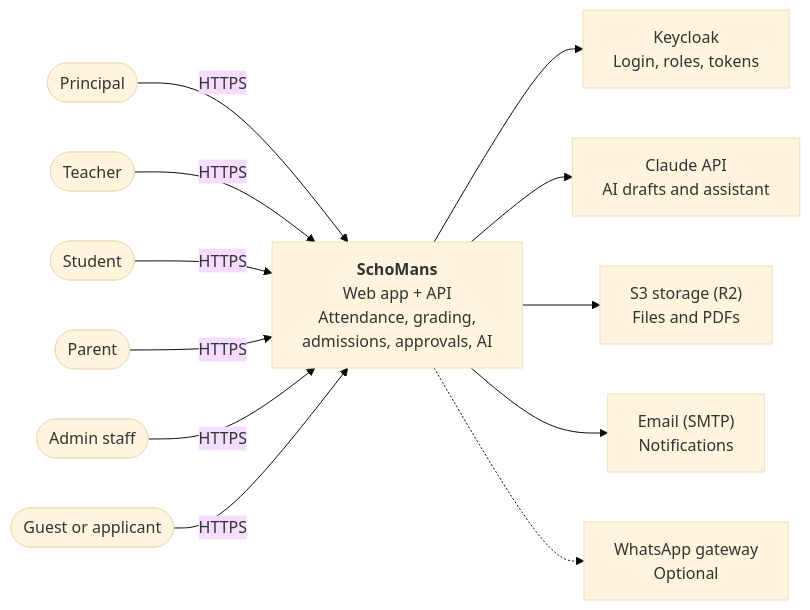
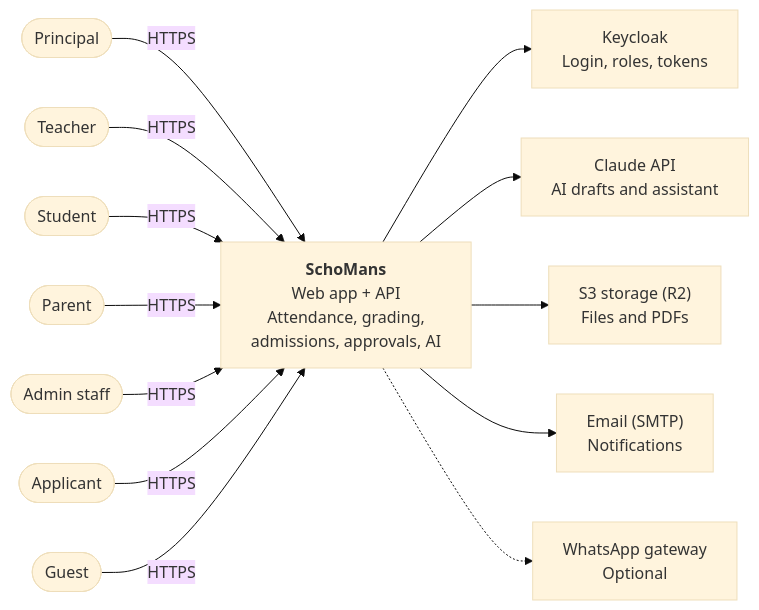
The diagram in docs/en/diagrams/context.mmd (ridhwanhabib18/schomans), drawn with Mermaid (base theme) before and after one commit. The commit also changed 9 other files, not shown here.

```diff
--- a/docs/en/diagrams/context.mmd
+++ b/docs/en/diagrams/context.mmd
@@ -1,23 +1,24 @@
 %% System context: six roles use SchoMans, which relies on external services
 flowchart LR
   principal([Principal])
   teacher([Teacher])
   student([Student])
   parent([Parent])
   admin([Admin staff])
-  guest([Guest or applicant])
+  guest([Guest])
+  applicant([Applicant])
 
   schomans["<b>SchoMans</b><br/>Web app + API<br/>Attendance, grading,<br/>admissions, approvals, AI"]
 
   keycloak["Keycloak<br/>Login, roles, tokens"]
   claude["Claude API<br/>AI drafts and assistant"]
   s3["S3 storage (R2)<br/>Files and PDFs"]
   email["Email (SMTP)<br/>Notifications"]
   whatsapp["WhatsApp gateway<br/>Optional"]
 
-  principal & teacher & student & parent & admin & guest -->|HTTPS| schomans
+  principal & teacher & student & parent & admin & applicant & guest -->|HTTPS| schomans
   schomans --> keycloak
   schomans --> claude
   schomans --> s3
   schomans --> email
   schomans -.-> whatsapp
```
